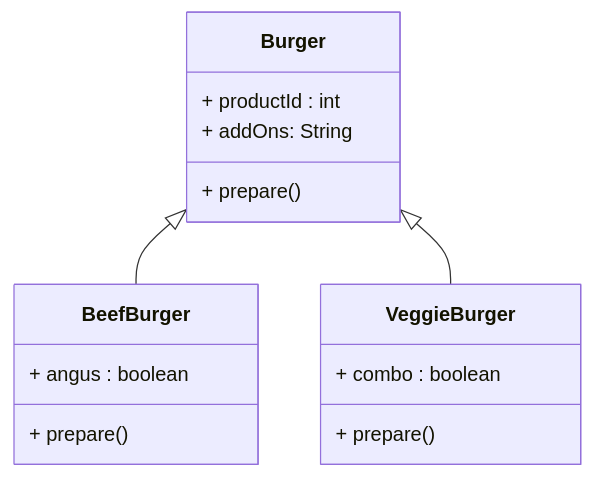
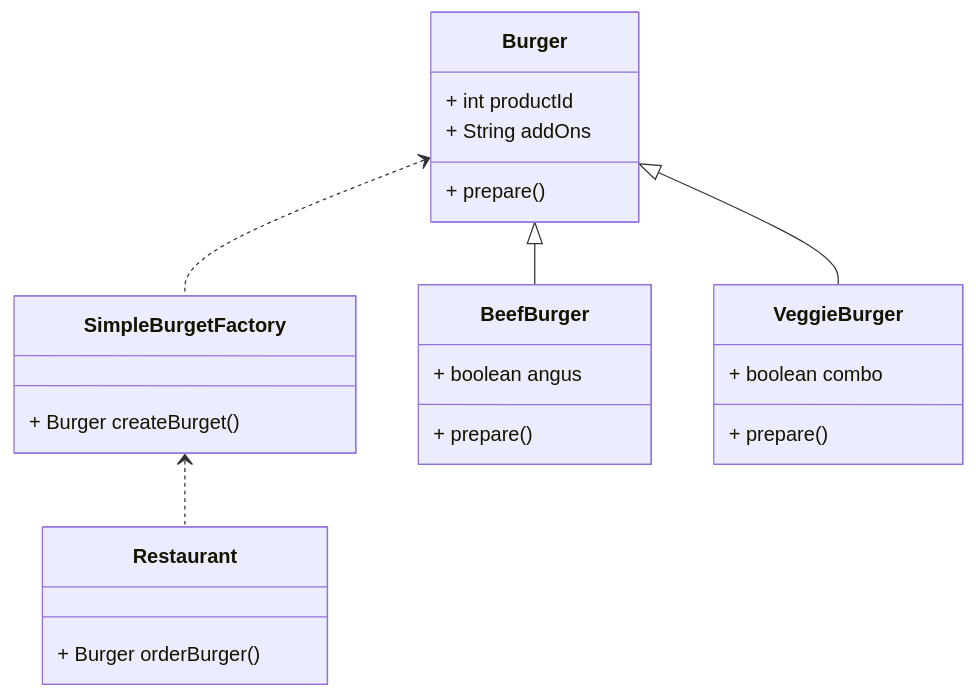
The first of 3 diagrams in source/_posts/DesignPatterns_Factory.md (noteforme/noteforme.github.io), drawn with Mermaid before and after one commit. The commit also changed other lines of this file, not shown here.

````diff
--- a/source/_posts/DesignPatterns_Factory.md
+++ b/source/_posts/DesignPatterns_Factory.md
@@ -54,22 +57,33 @@
 ```mermaid
+
 classDiagram
+	class Restaurant{
+		+ Burger orderBurger()
+	}
+	
+	class SimpleBurgetFactory{
+		+ Burger createBurget()
+	}
+
   class Burger {
-  	+ productId : int
-    + addOns: String
+  	+ int productId  
+    + String addOns
     + prepare()
   }
  
   class BeefBurger {
-  	+ angus : boolean
+  	+ boolean angus
     + prepare()
   }
   
   class VeggieBurger {
-  	+ combo : boolean
+  	+ boolean combo
     + prepare()
   }
 
 Burger  <|--  BeefBurger
 Burger  <|--  VeggieBurger
+Burger  <.. SimpleBurgetFactory
+SimpleBurgetFactory <.. Restaurant
 
 ```
````
